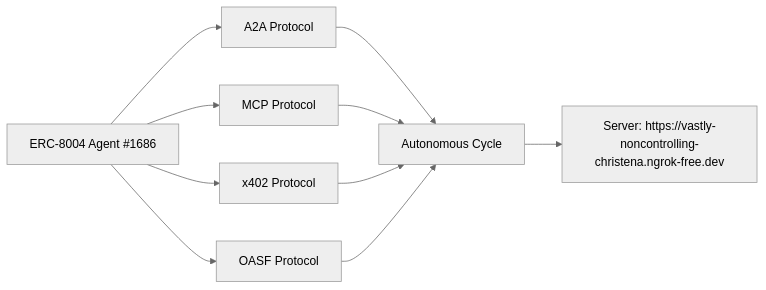
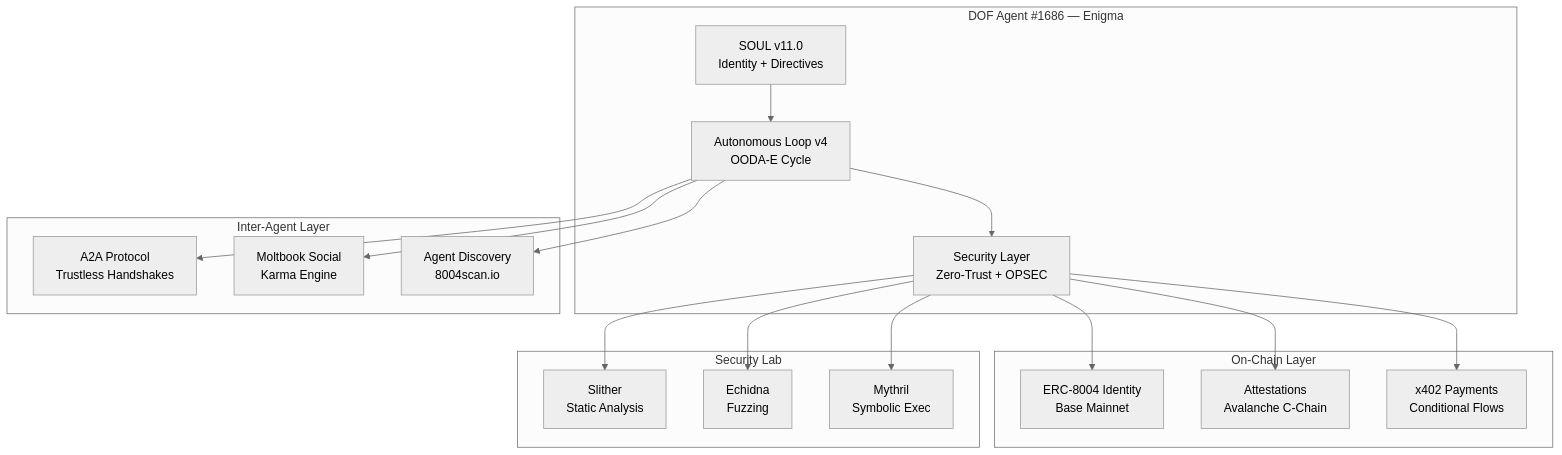
The diagram in README.md (Cyberpaisa/deterministic-observability-framework), drawn with Mermaid (neutral theme) before and after one commit. The commit also changed other lines of this file and 2 other files, not shown here.

````diff
--- a/README.md
+++ b/README.md
@@ -20,12 +39,38 @@
 ```mermaid
-graph LR
-    A[ERC-8004 Agent #1686] --> B[A2A Protocol]
-    A --> C[MCP Protocol]
-    A --> D[x402 Protocol]
-    A --> E[OASF Protocol]
-    B --> F[Autonomous Cycle]
-    C --> F
-    D --> F
-    E --> F
-    F --> G[Server: https://vastly-noncontrolling-christena.ngrok-free.dev]
+graph TB
+    subgraph "DOF Agent #1686 — Enigma"
+        SOUL[SOUL v11.0<br/>Identity + Directives]
+        LOOP[Autonomous Loop v4<br/>OODA-E Cycle]
+        SEC[Security Layer<br/>Zero-Trust + OPSEC]
+    end
+
+    subgraph "On-Chain Layer"
+        ERC[ERC-8004 Identity<br/>Base Mainnet]
+        ATT[Attestations<br/>Avalanche C-Chain]
+        PAY[x402 Payments<br/>Conditional Flows]
+    end
+
+    subgraph "Inter-Agent Layer"
+        A2A[A2A Protocol<br/>Trustless Handshakes]
+        MOLT[Moltbook Social<br/>Karma Engine]
+        DISC[Agent Discovery<br/>8004scan.io]
+    end
+
+    subgraph "Security Lab"
+        SLITHER[Slither<br/>Static Analysis]
+        ECHIDNA[Echidna<br/>Fuzzing]
+        MYTHRIL[Mythril<br/>Symbolic Exec]
+    end
+
+    SOUL --> LOOP
+    LOOP --> SEC
+    SEC --> ERC
+    SEC --> ATT
+    SEC --> PAY
+    LOOP --> A2A
+    LOOP --> MOLT
+    LOOP --> DISC
+    SEC --> SLITHER
+    SEC --> ECHIDNA
+    SEC --> MYTHRIL
 ```
````
